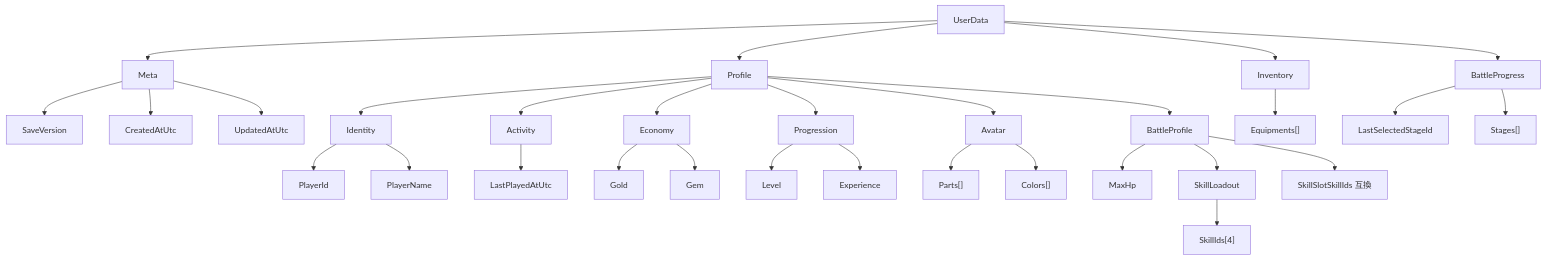
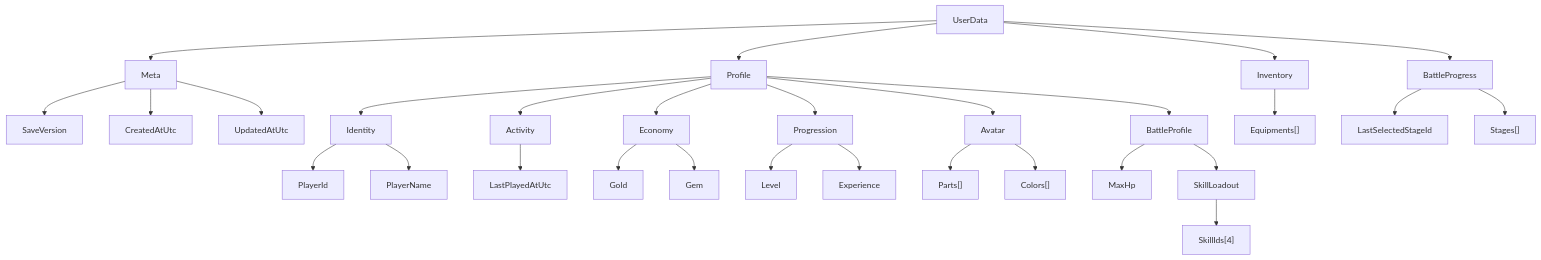
The diagram in docs/specs/ユーザーデータ構造.md (cosugi89/Original), drawn with Mermaid before and after one commit. The commit also changed other lines of this file and 9 other files, not shown here.

````diff
--- a/docs/specs/ユーザーデータ構造.md
+++ b/docs/specs/ユーザーデータ構造.md
@@ -7,49 +7,48 @@
 ```mermaid
 flowchart TD
     UserData["UserData"]
     Meta["Meta"]
     Profile["Profile"]
     Inventory["Inventory"]
     BattleProgress["BattleProgress"]
 
     UserData --> Meta
     UserData --> Profile
     UserData --> Inventory
     UserData --> BattleProgress
 
     Meta --> SaveVersion["SaveVersion"]
     Meta --> CreatedAtUtc["CreatedAtUtc"]
     Meta --> UpdatedAtUtc["UpdatedAtUtc"]
 
     Profile --> Identity["Identity"]
     Profile --> Activity["Activity"]
     Profile --> Economy["Economy"]
     Profile --> Progression["Progression"]
     Profile --> Avatar["Avatar"]
     Profile --> BattleProfile["BattleProfile"]
 
     Identity --> PlayerId["PlayerId"]
     Identity --> PlayerName["PlayerName"]
 
     Activity --> LastPlayedAtUtc["LastPlayedAtUtc"]
 
     Economy --> Gold["Gold"]
     Economy --> Gem["Gem"]
 
     Progression --> Level["Level"]
     Progression --> Experience["Experience"]
 
     Avatar --> Parts["Parts[]"]
     Avatar --> Colors["Colors[]"]
 
     BattleProfile --> MaxHp["MaxHp"]
     BattleProfile --> SkillLoadout["SkillLoadout"]
-    BattleProfile --> SkillSlotSkillIds["SkillSlotSkillIds 互換"]
 
     SkillLoadout --> SkillIds["SkillIds[4]"]
 
     Inventory --> Equipments["Equipments[]"]
 
     BattleProgress --> LastSelectedStageId["LastSelectedStageId"]
     BattleProgress --> Stages["Stages[]"]
 ```
````
